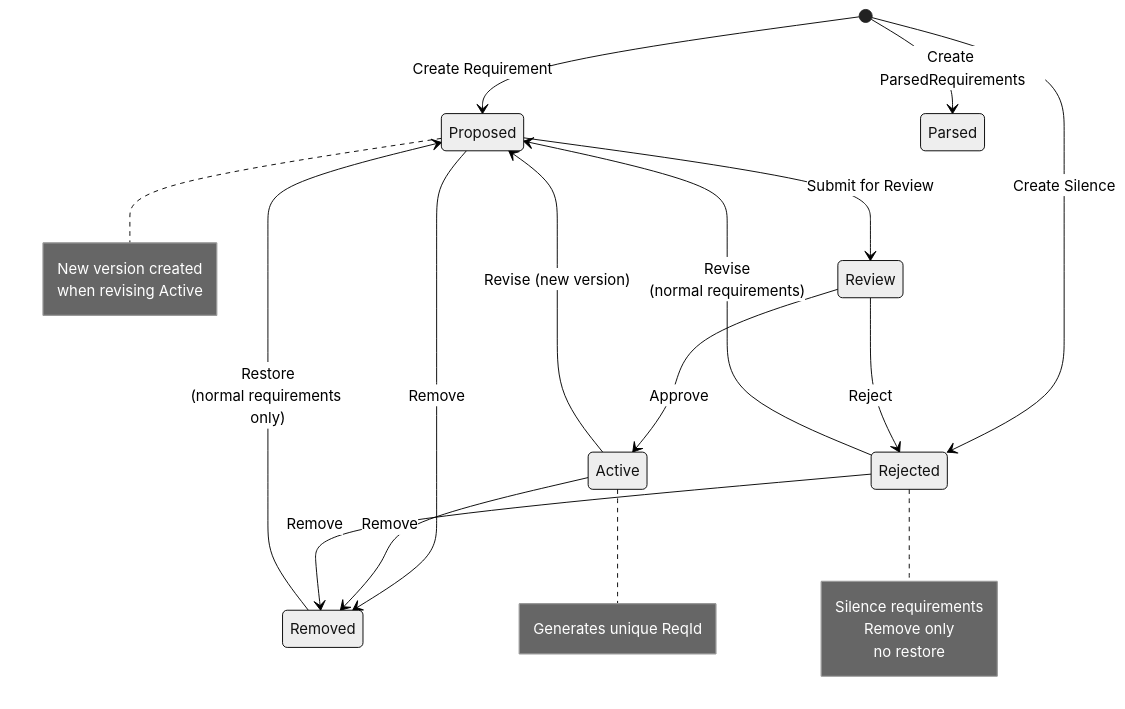
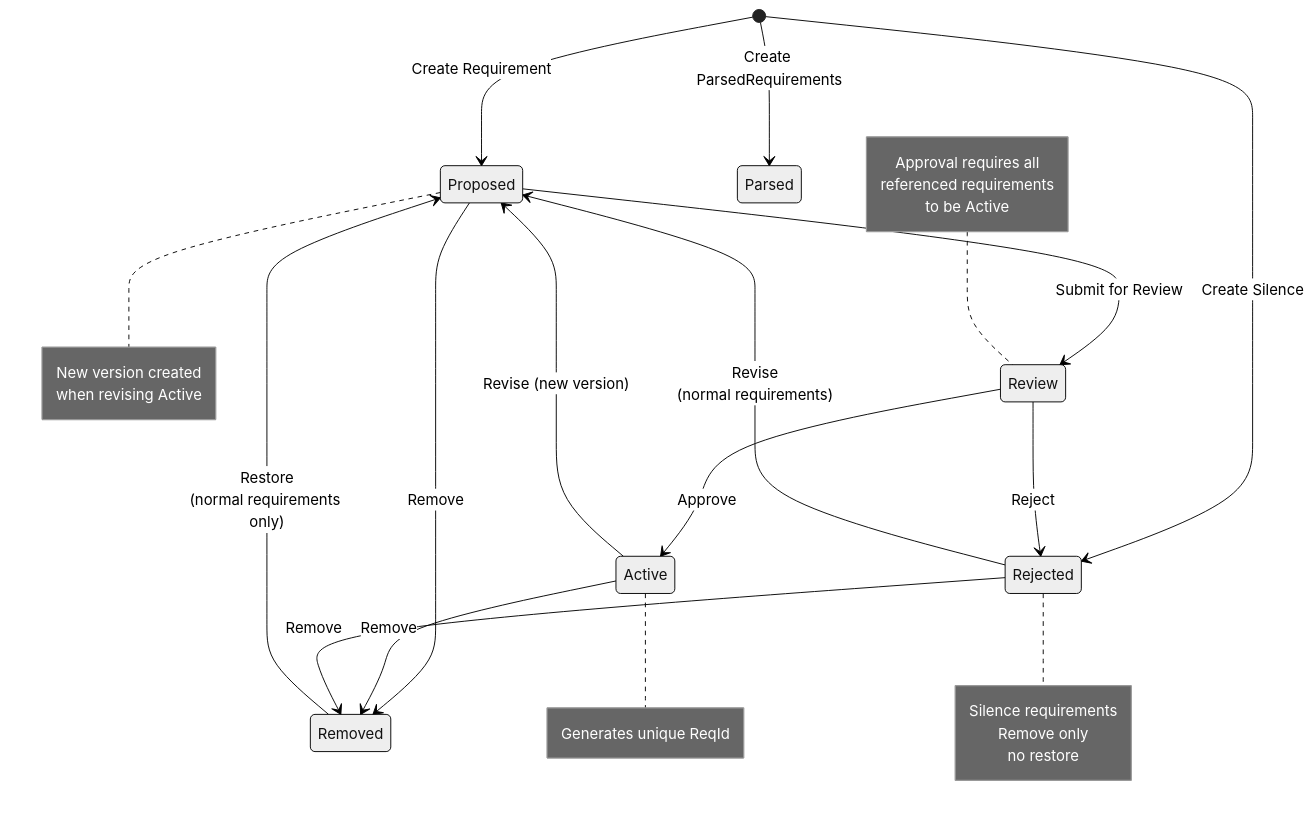
One commit to final-hill/cathedral changed the diagram in CONTRIBUTING.md. Above: the diagram before and after it, drawn with Mermaid (neutral theme). The commit also changed other lines of this file and 4 other files, not shown here.

````diff
--- a/CONTRIBUTING.md
+++ b/CONTRIBUTING.md
@@ -167,24 +171,25 @@
 ```mermaid
 stateDiagram-v2
     [*] --> Proposed : Create Requirement
     [*] --> Rejected : Create Silence
     [*] --> Parsed : Create ParsedRequirements
 
     Proposed --> Review : Submit for Review
     Proposed --> Removed : Remove
 
     Review --> Active : Approve
     Review --> Rejected : Reject
 
     Active --> Proposed : Revise (new version)
     Active --> Removed : Remove
 
     Rejected --> Proposed : Revise<br>(normal requirements)
     Rejected --> Removed : Remove
 
     Removed --> Proposed : Restore<br>(normal requirements only)
 
     note right of Active : Generates unique ReqId
     note right of Proposed : New version created<br>when revising Active
     note right of Rejected : Silence requirements<br>Remove only<br>no restore
+    note left of Review : Approval requires all<br>referenced requirements<br>to be Active
 ```
````
